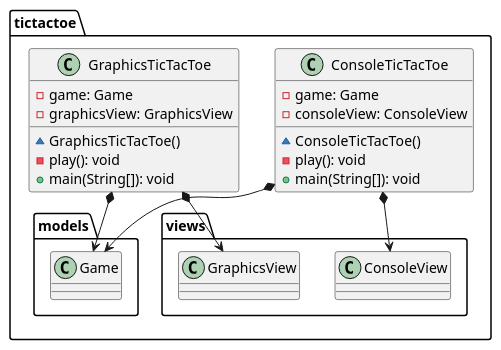
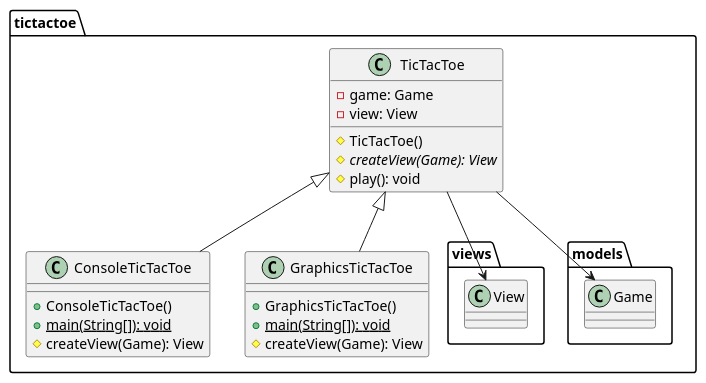
One commit to x-USantaTecla-game-ticTacToe/java changed the second of 4 diagrams in docs/src/docs/asciidoc/index.adoc. Above: the diagram before and after it, drawn with PlantUML. The commit also changed other lines of this file and 28 other files, not shown here.

```diff
--- a/docs/src/docs/asciidoc/index.adoc
+++ b/docs/src/docs/asciidoc/index.adoc
@@ -72,24 +73,28 @@
-[plantuml,version3TicTacToe,svg]
+[plantuml,tictactoeVersion4,svg]
 ....
 
 class  tictactoe.ConsoleTicTacToe{
-- game: Game
-- consoleView: ConsoleView
-~ ConsoleTicTacToe()
-- play(): void
-+ main(String[]): void
++ ConsoleTicTacToe()
++ {static} main(String[]): void
+# createView(Game): View
 }
-tictactoe.ConsoleTicTacToe *-down-> tictactoe.models.Game
-tictactoe.ConsoleTicTacToe *-down-> tictactoe.views.ConsoleView
+tictactoe.TicTacToe <|-down- tictactoe.ConsoleTicTacToe
 
 class  tictactoe.GraphicsTicTacToe{
++ GraphicsTicTacToe()
++ {static} main(String[]): void
+# createView(Game): View
+}
+tictactoe.TicTacToe <|-down- tictactoe.GraphicsTicTacToe
+
+class  tictactoe.TicTacToe{
 - game: Game
-- graphicsView: GraphicsView
-~ GraphicsTicTacToe()
-- play(): void
-+ main(String[]): void
+- view: View
+# TicTacToe()
+# {abstract} createView(Game): View
+# play(): void
 }
-tictactoe.GraphicsTicTacToe *-down-> tictactoe.models.Game
-tictactoe.GraphicsTicTacToe *-down-> tictactoe.views.GraphicsView
+tictactoe.TicTacToe --> tictactoe.views.View
+tictactoe.TicTacToe --> tictactoe.models.Game
 
 ....
```
